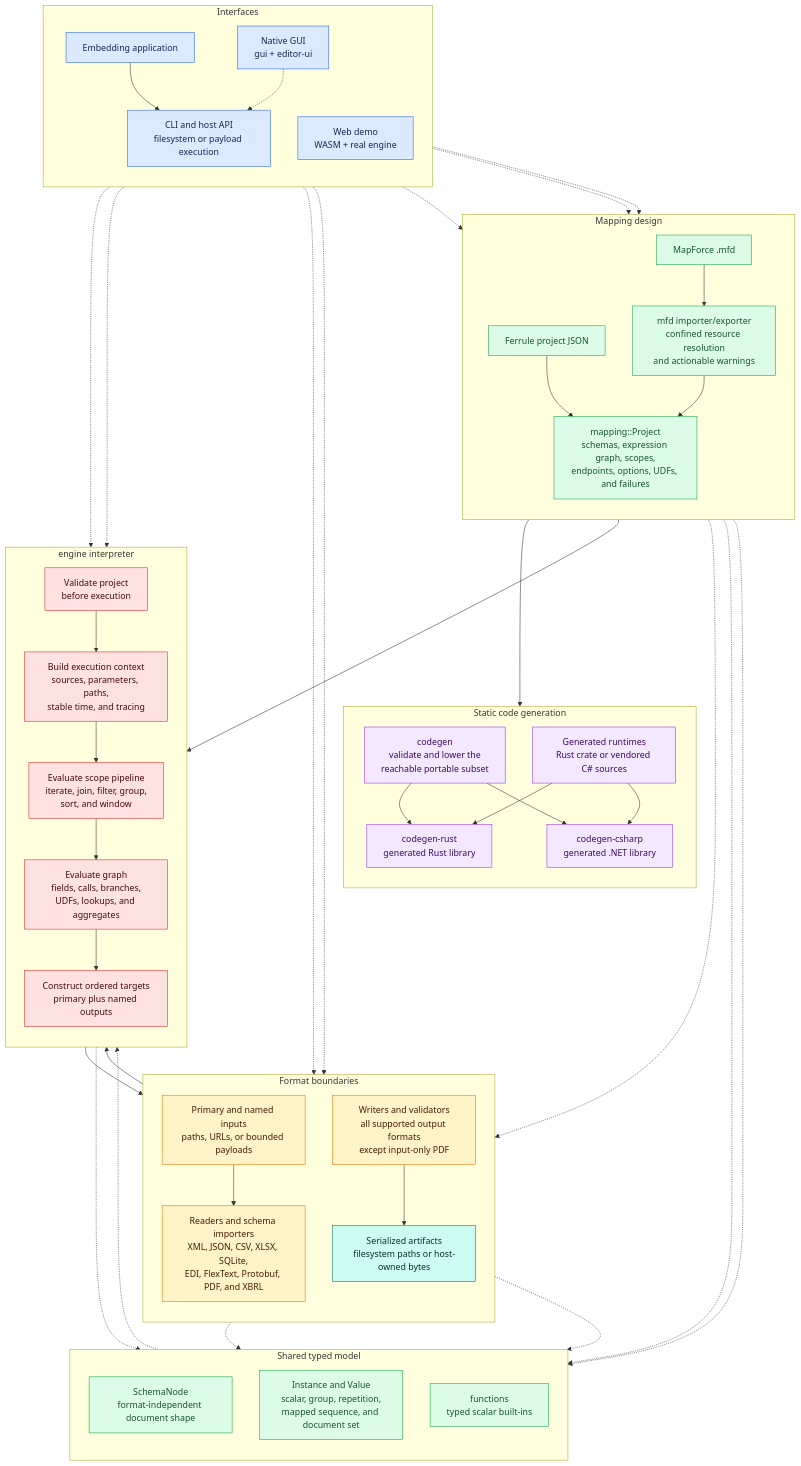
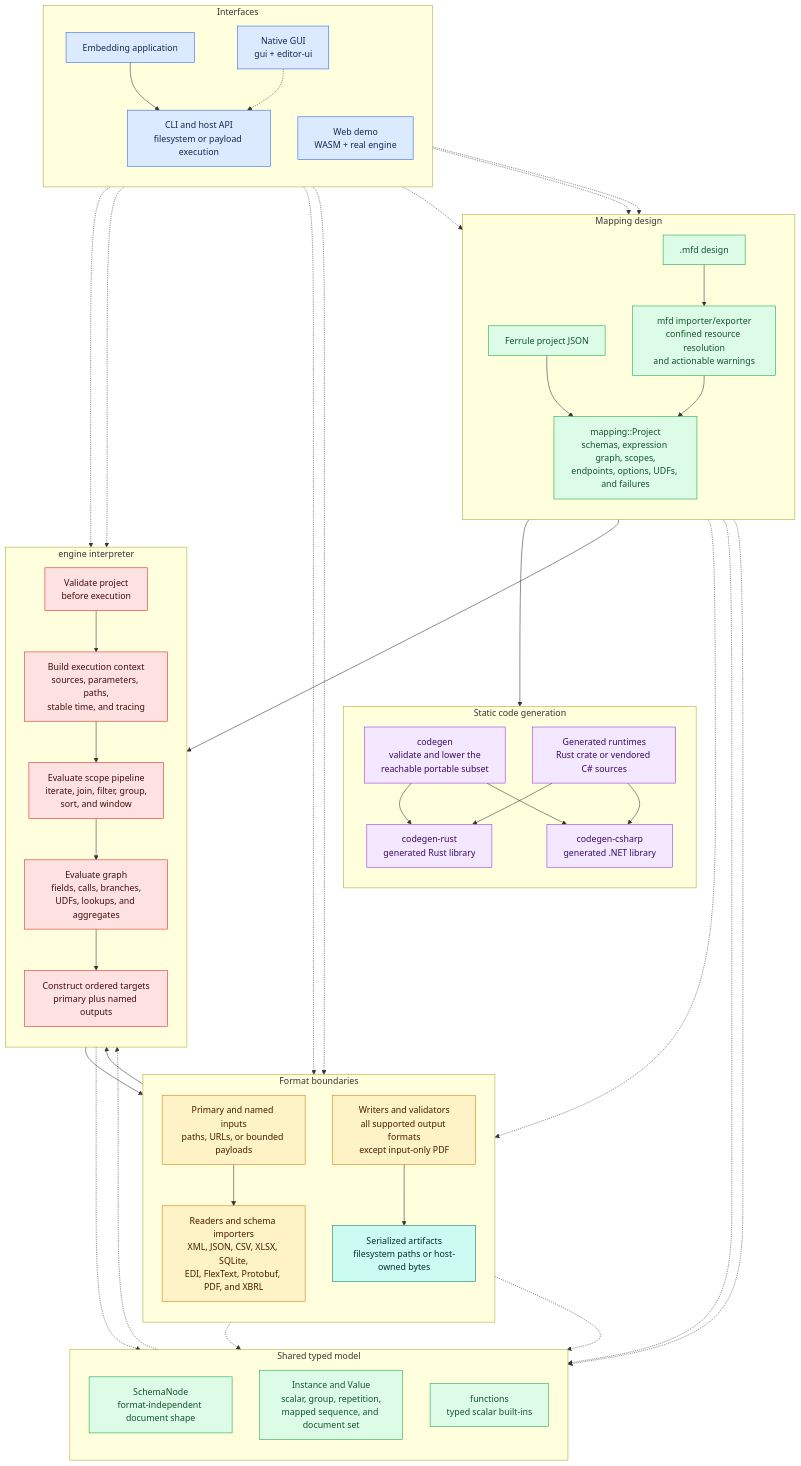
The diagram in docs/architecture.md (DeandreT/ferrule), drawn with Mermaid before and after one commit. The commit also changed other lines of this file and 112 other files, not shown here.

```diff
--- a/docs/architecture.md
+++ b/docs/architecture.md
@@ -18,7 +18,7 @@
     subgraph design["Mapping design"]
         direction TB
         projectFile["Ferrule project JSON"]
-        mfdFile["MapForce .mfd"]
+        mfdFile[".mfd design"]
         mfd["mfd importer/exporter<br/>confined resource resolution<br/>and actionable warnings"]
         project["mapping::Project<br/>schemas, expression graph, scopes,<br/>endpoints, options, UDFs, and failures"]
     end
```
